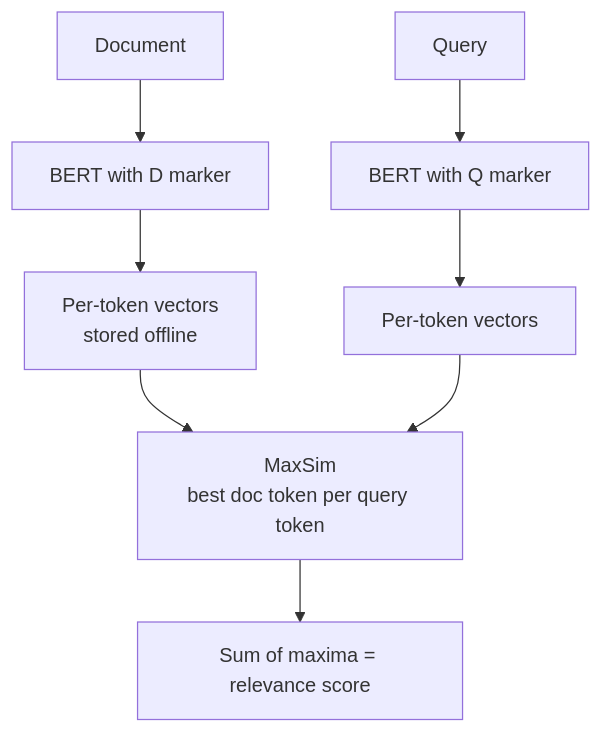
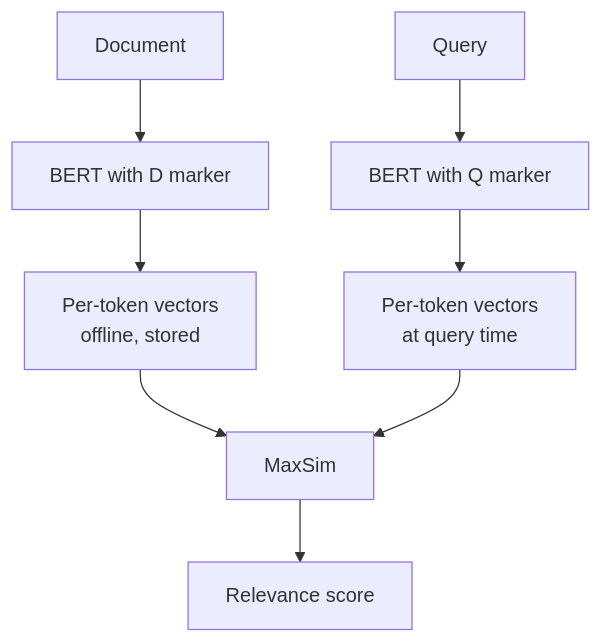
One commit to kaisarnajar/outcome-school-blogs changed the first of 2 diagrams in notes/step-09-vector-search-and-retrieval-augmented-generation-rag/108-decoding-colbert.md. Above: the diagram before and after it, drawn with Mermaid. The commit also changed other lines of this file and 233 other files, not shown here.

````diff
--- a/notes/step-09-vector-search-and-retrieval-augmented-generation-rag/108-decoding-colbert.md
+++ b/notes/step-09-vector-search-and-retrieval-augmented-generation-rag/108-decoding-colbert.md
@@ -47,10 +29,10 @@
 ```mermaid
 flowchart TD
-    D["Document"] --> BD["BERT with D marker"]
-    BD --> VD["Per-token vectors<br/>stored offline"]
-    Q["Query"] --> BQ["BERT with Q marker"]
-    BQ --> VQ["Per-token vectors"]
-    VD --> M["MaxSim<br/>best doc token per query token"]
-    VQ --> M
-    M --> S["Sum of maxima = relevance score"]
+    D["Document"] --> B1["BERT with D marker"]
+    B1 --> DV["Per-token vectors<br/>offline, stored"]
+    Q["Query"] --> B2["BERT with Q marker"]
+    B2 --> QV["Per-token vectors<br/>at query time"]
+    DV --> MS["MaxSim"]
+    QV --> MS
+    MS --> SC["Relevance score"]
 ```
````
